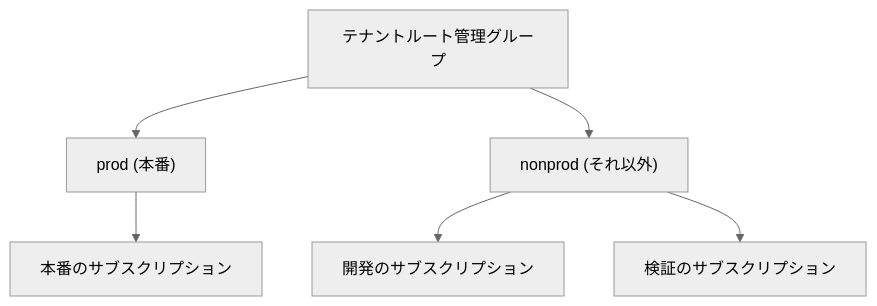
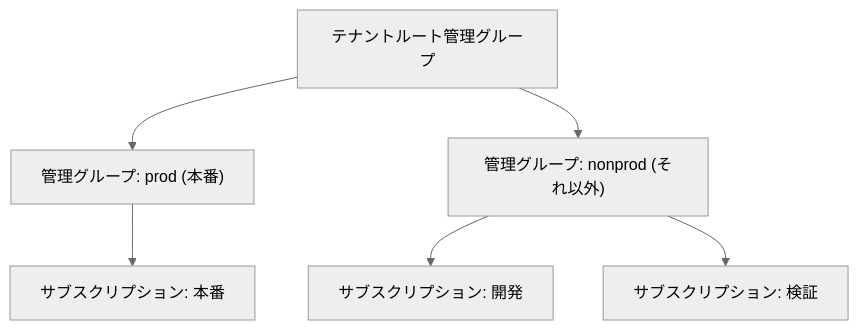
Before and after one commit to engineers-hub-ltd-in-house-project/azure-practice: the second of 4 diagrams in manuscript/part1/02-management-groups.md, drawn with Mermaid (neutral theme). The commit also changed other lines of this file and 17 other files, not shown here.

````diff
--- a/manuscript/part1/02-management-groups.md
+++ b/manuscript/part1/02-management-groups.md
@@ -35,8 +35,8 @@
 ```mermaid
 flowchart TB
-  R["テナントルート管理グループ"] --> P["prod (本番)"]
-  R --> N["nonprod (それ以外)"]
-  P --> S1["本番のサブスクリプション"]
-  N --> S2["開発のサブスクリプション"]
-  N --> S3["検証のサブスクリプション"]
+  R["テナントルート管理グループ"] --> P["管理グループ: prod (本番)"]
+  R --> N["管理グループ: nonprod (それ以外)"]
+  P --> S1["サブスクリプション: 本番"]
+  N --> S2["サブスクリプション: 開発"]
+  N --> S3["サブスクリプション: 検証"]
 ```
````
